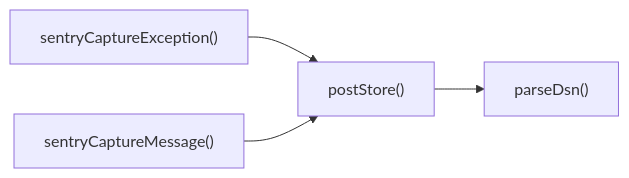
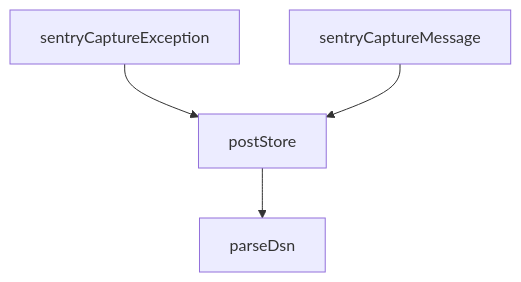
The diagram in supabase/functions/_shared/sentry.md (peckop/venthub-hvac-esite), drawn with Mermaid before and after one commit. The commit also changed other lines of this file and 488 other files, not shown here.

````diff
--- a/supabase/functions/_shared/sentry.md
+++ b/supabase/functions/_shared/sentry.md
@@ -137,6 +147,10 @@
 ```mermaid
-graph LR
-    postStore["postStore()"] --> parseDsn["parseDsn()"]
-    sentryCaptureException["sentryCaptureException()"] --> postStore["postStore()"]
-    sentryCaptureMessage["sentryCaptureMessage()"] --> postStore["postStore()"]
+graph TD
+    sentry_ts__parseDsn["parseDsn"]
+    sentry_ts__postStore["postStore"]
+    sentry_ts__sentryCaptureException["sentryCaptureException"]
+    sentry_ts__sentryCaptureMessage["sentryCaptureMessage"]
+    sentry_ts__sentryCaptureException --> sentry_ts__postStore
+    sentry_ts__postStore --> sentry_ts__parseDsn
+    sentry_ts__sentryCaptureMessage --> sentry_ts__postStore
 ```
````
